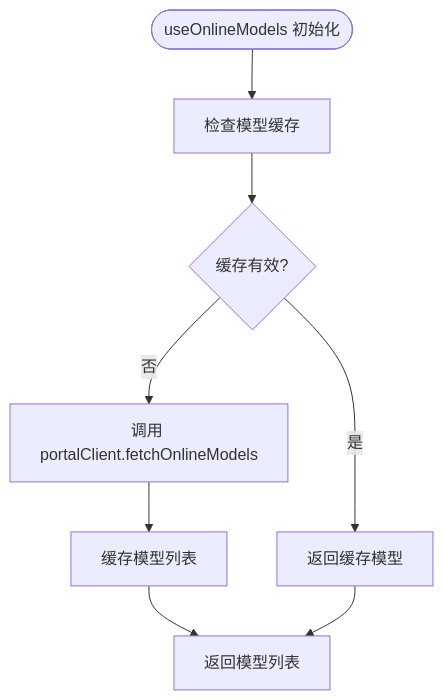
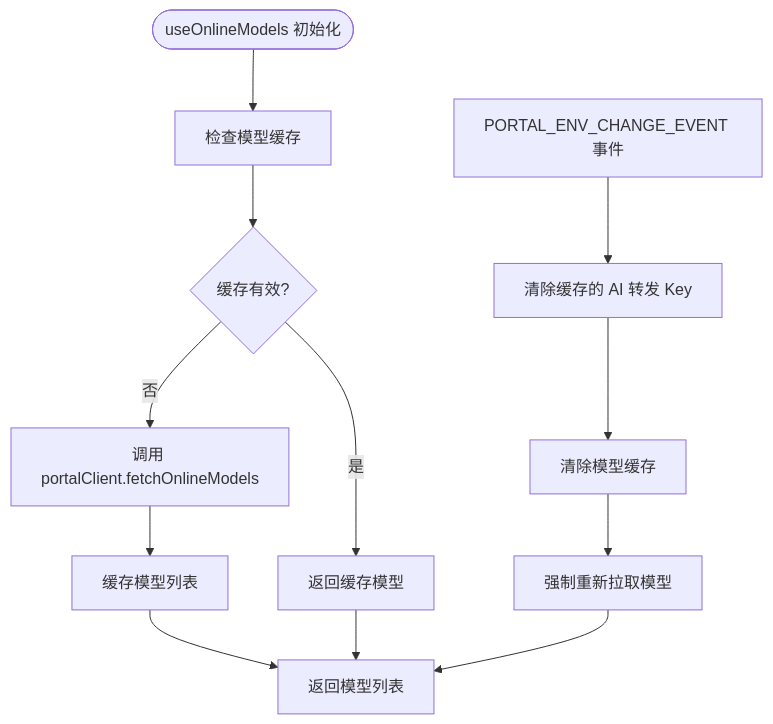
Before and after one commit to RabbitAI-Lab/RabbitCoding: the fourth of 8 diagrams in .qoder/repowiki/zh/content/前端应用架构/前端应用架构.md, drawn with Mermaid. The commit also changed other lines of this file and 36 other files, not shown here.

````diff
--- a/.qoder/repowiki/zh/content/前端应用架构/前端应用架构.md
+++ b/.qoder/repowiki/zh/content/前端应用架构/前端应用架构.md
@@ -266,10 +272,14 @@
 ```mermaid
 flowchart TD
 Start(["useOnlineModels 初始化"]) --> CheckCache["检查模型缓存"]
 CheckCache --> CacheHit{"缓存有效?"}
 CacheHit --> |是| ReturnCache["返回缓存模型"]
 CacheHit --> |否| FetchModels["调用 portalClient.fetchOnlineModels"]
 FetchModels --> CacheModels["缓存模型列表"]
 CacheModels --> ReturnModels["返回模型列表"]
 ReturnCache --> ReturnModels
+Event["PORTAL_ENV_CHANGE_EVENT 事件"] --> ClearCache["清除缓存的 AI 转发 Key"]
+ClearCache --> ClearModels["清除模型缓存"]
+ClearModels --> ForceRefresh["强制重新拉取模型"]
+ForceRefresh --> ReturnModels
 ```
````
